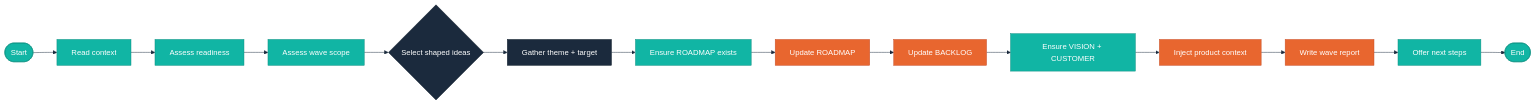
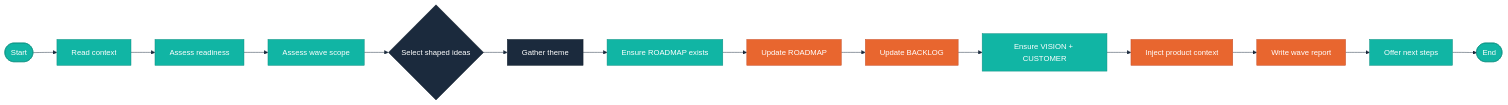
Before and after one commit to ronjanusz-liatrio/arc: the diagram in skills/arc-wave/SKILL.md, drawn with Mermaid. The commit also changed other lines of this file and 4 other files, not shown here.

````diff
--- a/skills/arc-wave/SKILL.md
+++ b/skills/arc-wave/SKILL.md
@@ -20,25 +20,25 @@
 ```mermaid
 %%{init: {'theme': 'base', 'themeVariables': {'primaryColor': '#11B5A4', 'primaryTextColor': '#FFFFFF', 'primaryBorderColor': '#0D8F82', 'secondaryColor': '#E8662F', 'secondaryTextColor': '#FFFFFF', 'secondaryBorderColor': '#C7502A', 'tertiaryColor': '#1B2A3D', 'tertiaryTextColor': '#FFFFFF', 'lineColor': '#1B2A3D', 'fontFamily': 'Inter, sans-serif'}}}%%
 flowchart LR
     S([Start]) --> A[Read context]
     A --> B[Assess readiness]
     B --> C[Assess wave scope]
     C --> D{Select shaped ideas}
-    D --> E[Gather theme + target]
+    D --> E[Gather theme]
     E --> F[Ensure ROADMAP exists]
     F --> G[Update ROADMAP]
     G --> H[Update BACKLOG]
     H --> I[Ensure VISION + CUSTOMER]
     I --> J[Inject product context]
     J --> K[Write wave report]
     K --> L[Offer next steps]
     L --> X([End])
 
     classDef user fill:#1B2A3D,stroke:#0F1D2B,color:#FFFFFF
     classDef action fill:#11B5A4,stroke:#0D8F82,color:#FFFFFF
     classDef write fill:#E8662F,stroke:#C7502A,color:#FFFFFF
 
     class D,E user
     class A,B,C,F,I,L action
     class G,H,J,K write
 ```
````
